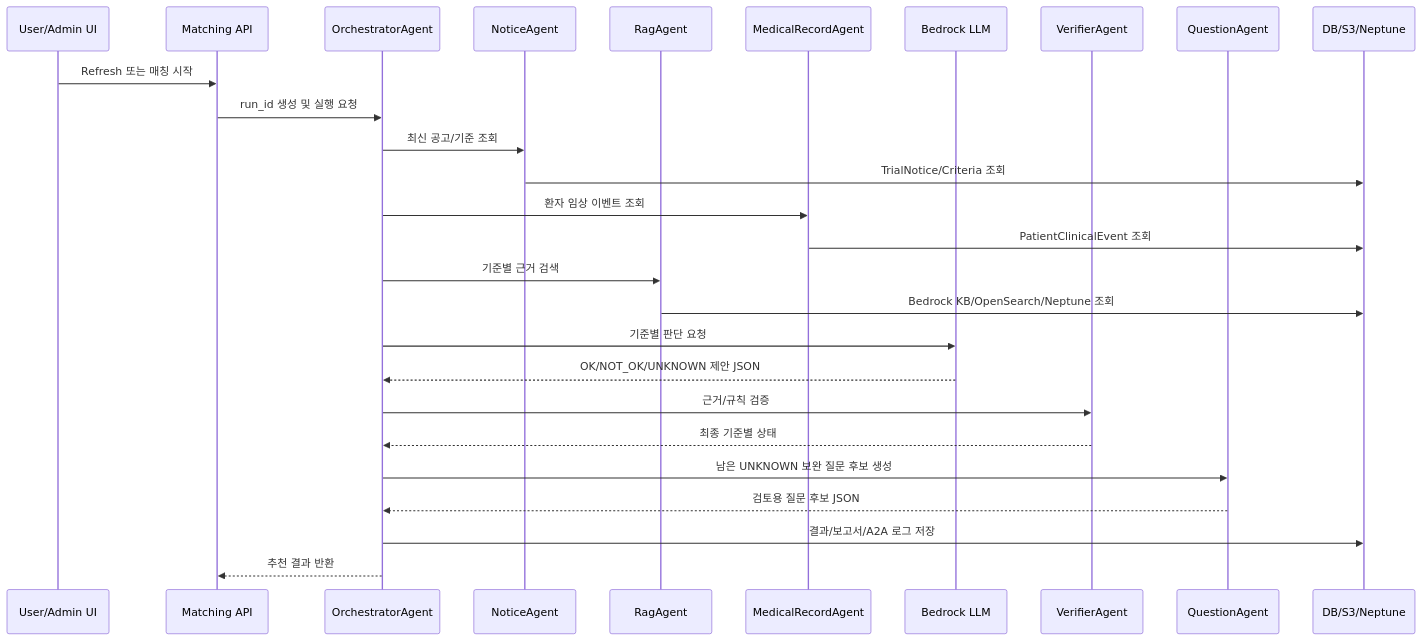
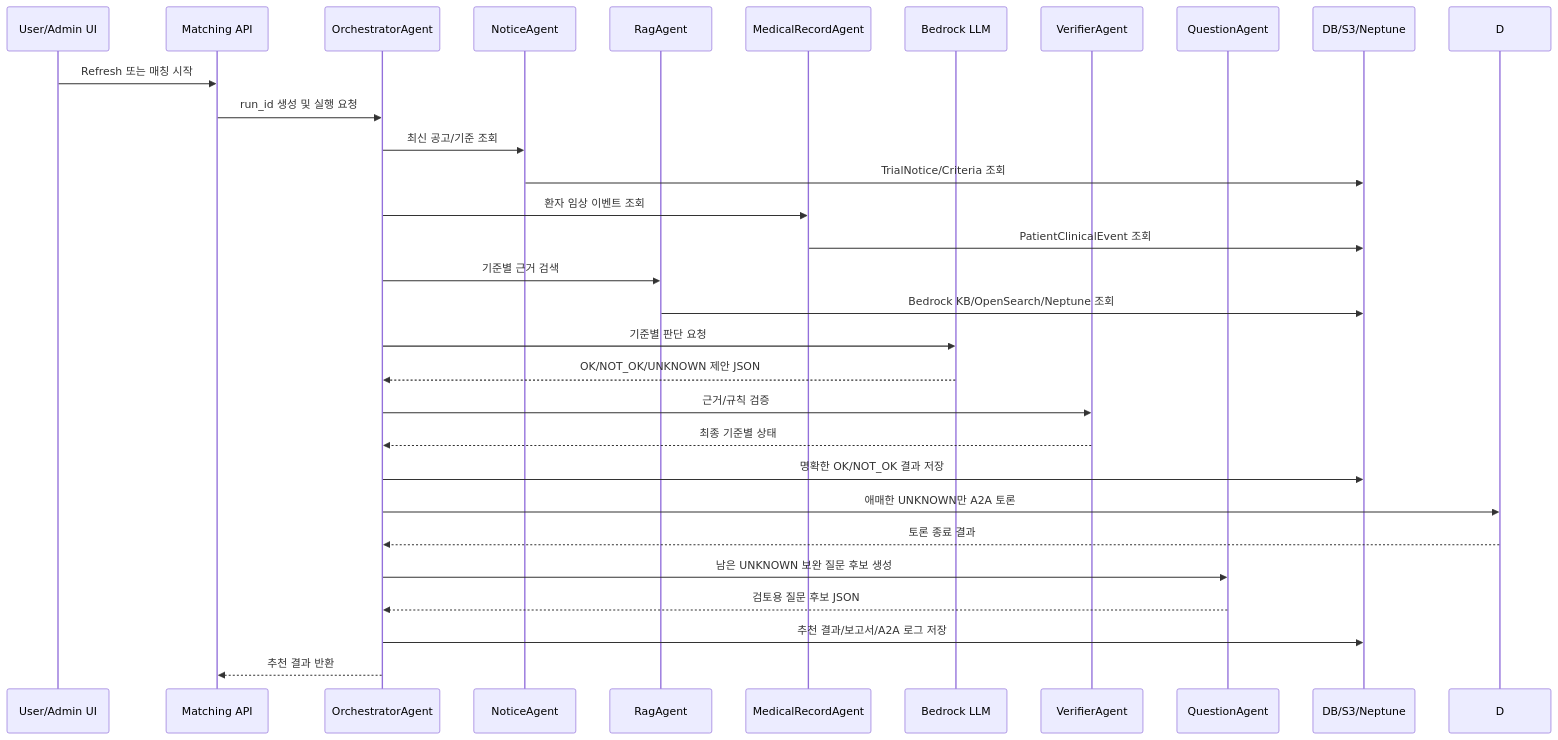
The sixth of 7 diagrams in doc/MATCHING_MODEL_V2.md (1jaekim/AWS_Healthcare), drawn with Mermaid before and after one commit. The commit also changed other lines of this file and 1 other file, not shown here.

````diff
--- a/doc/MATCHING_MODEL_V2.md
+++ b/doc/MATCHING_MODEL_V2.md
@@ -546,30 +547,33 @@
 ```mermaid
 sequenceDiagram
     participant UI as User/Admin UI
     participant API as Matching API
     participant ORCH as OrchestratorAgent
     participant NOTICE as NoticeAgent
     participant RAG as RagAgent
     participant RECORD as MedicalRecordAgent
     participant LLM as Bedrock LLM
     participant VERIFY as VerifierAgent
     participant Q as QuestionAgent
     participant DB as DB/S3/Neptune
 
     UI->>API: Refresh 또는 매칭 시작
     API->>ORCH: run_id 생성 및 실행 요청
     ORCH->>NOTICE: 최신 공고/기준 조회
     NOTICE->>DB: TrialNotice/Criteria 조회
     ORCH->>RECORD: 환자 임상 이벤트 조회
     RECORD->>DB: PatientClinicalEvent 조회
     ORCH->>RAG: 기준별 근거 검색
     RAG->>DB: Bedrock KB/OpenSearch/Neptune 조회
     ORCH->>LLM: 기준별 판단 요청
     LLM-->>ORCH: OK/NOT_OK/UNKNOWN 제안 JSON
     ORCH->>VERIFY: 근거/규칙 검증
     VERIFY-->>ORCH: 최종 기준별 상태
+    ORCH->>DB: 명확한 OK/NOT_OK 결과 저장
+    ORCH->>D: 애매한 UNKNOWN만 A2A 토론
+    D-->>ORCH: 토론 종료 결과
     ORCH->>Q: 남은 UNKNOWN 보완 질문 후보 생성
     Q-->>ORCH: 검토용 질문 후보 JSON
-    ORCH->>DB: 결과/보고서/A2A 로그 저장
+    ORCH->>DB: 추천 결과/보고서/A2A 로그 저장
     ORCH-->>API: 추천 결과 반환
 ```
````
